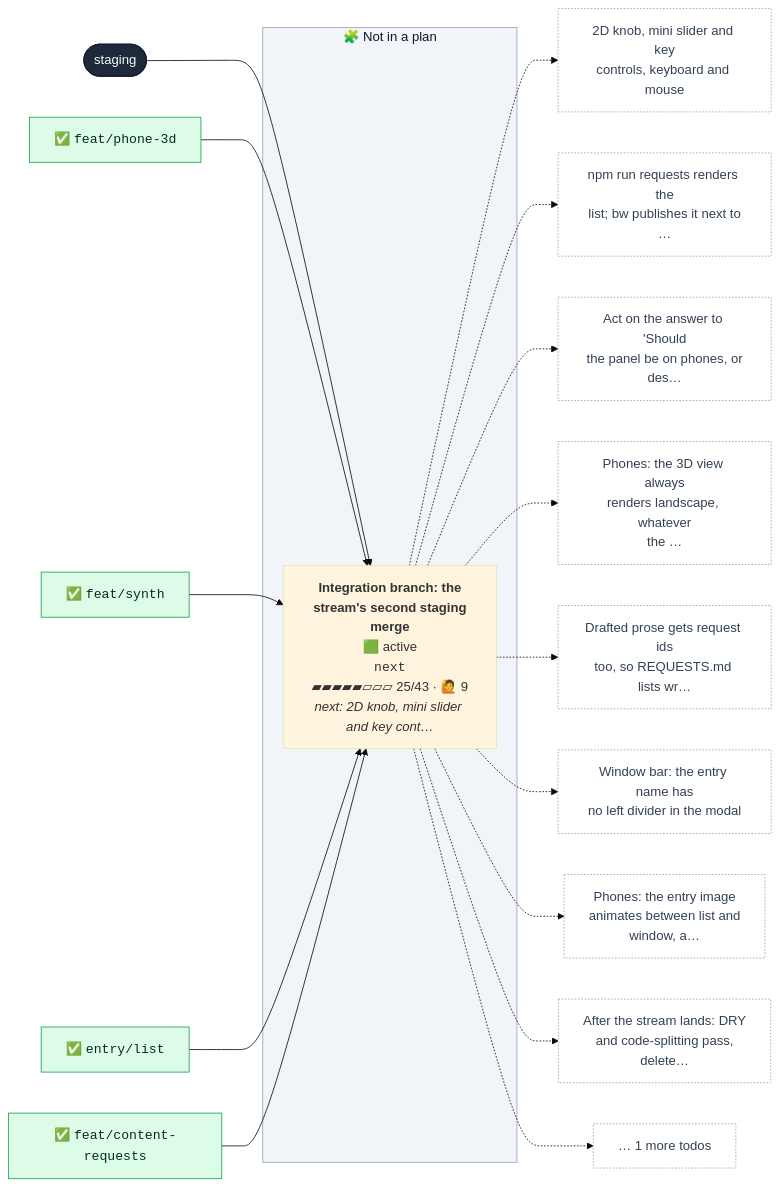
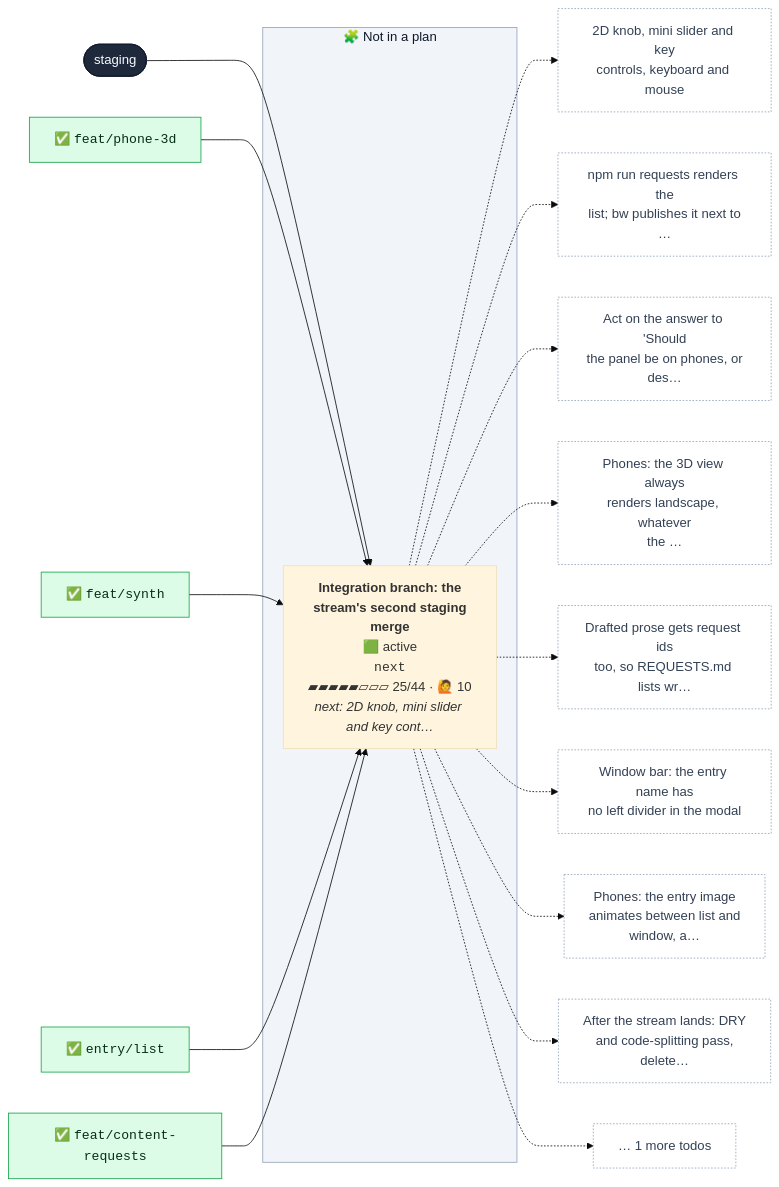
Before and after one commit to henryjonescodes/portfolio: the first of 2 diagrams in CONTRIBUTING.md, drawn with Mermaid (base theme). The commit also changed other lines of this file and 1 other file, not shown here.

````diff
--- a/CONTRIBUTING.md
+++ b/CONTRIBUTING.md
@@ -16,59 +16,59 @@
 ```mermaid
 flowchart LR
   n_staging([staging])
   class n_staging trunk
   subgraph loose["🧩 Not in a plan"]
-    n_next["<b>Integration branch: the<br/>stream's second staging<br/>merge</b><br/>🟩 active<br/><code>next</code><br/>▰▰▰▰▰▱▱▱ 25/43 · 🙋 9<br/><i>next: 2D knob, mini slider and key cont…</i>"]
+    n_next["<b>Integration branch: the<br/>stream's second staging<br/>merge</b><br/>🟩 active<br/><code>next</code><br/>▰▰▰▰▰▱▱▱ 25/44 · 🙋 10<br/><i>next: 2D knob, mini slider and key cont…</i>"]
     class n_next active,current
   end
   style loose fill:#f1f5f9,stroke:#94a3b8,color:#0f172a
   n_staging --> n_next
   n_next_m0["✅ <code>feat/phone-3d</code>"]
   class n_next_m0 merged
   n_next_m0 --> n_next
   n_next_m1["✅ <code>feat/synth</code>"]
   class n_next_m1 merged
   n_next_m1 --> n_next
   n_next_m2["✅ <code>entry/list</code>"]
   class n_next_m2 merged
   n_next_m2 --> n_next
   n_next_m3["✅ <code>feat/content-requests</code>"]
   class n_next_m3 merged
   n_next_m3 --> n_next
   n_next_t0["2D knob, mini slider and key<br/>controls, keyboard and mouse"]
   class n_next_t0 todo
   n_next -.-> n_next_t0
   n_next_t1["npm run requests renders the<br/>list; bw publishes it next to<br/>…"]
   class n_next_t1 todo
   n_next -.-> n_next_t1
   n_next_t2["Act on the answer to 'Should<br/>the panel be on phones, or<br/>des…"]
   class n_next_t2 todo
   n_next -.-> n_next_t2
   n_next_t3["Phones: the 3D view always<br/>renders landscape, whatever<br/>the …"]
   class n_next_t3 todo
   n_next -.-> n_next_t3
   n_next_t4["Drafted prose gets request ids<br/>too, so REQUESTS.md lists wr…"]
   class n_next_t4 todo
   n_next -.-> n_next_t4
   n_next_t5["Window bar: the entry name has<br/>no left divider in the modal"]
   class n_next_t5 todo
   n_next -.-> n_next_t5
   n_next_t6["Phones: the entry image<br/>animates between list and<br/>window, a…"]
   class n_next_t6 todo
   n_next -.-> n_next_t6
   n_next_t7["After the stream lands: DRY<br/>and code-splitting pass,<br/>delete…"]
   class n_next_t7 todo
   n_next -.-> n_next_t7
   n_next_more["… 1 more todos"]
   class n_next_more todo
   n_next -.-> n_next_more
   classDef merged fill:#dcfce7,stroke:#16a34a,color:#052e16
   classDef todo fill:#ffffff,stroke:#94a3b8,stroke-dasharray:2 2,color:#334155
   classDef planned fill:#c7d2fe,stroke:#4f46e5,color:#1e1b4b
   classDef sketched fill:#f8fafc,stroke:#64748b,stroke-dasharray:4 3,color:#334155
   classDef active fill:#bbf7d0,stroke:#16a34a,stroke-width:3px,color:#052e16
   classDef review fill:#fde68a,stroke:#d97706,stroke-width:3px,color:#451a03
   classDef blocked fill:#fecaca,stroke:#dc2626,stroke-width:3px,color:#450a0a
   classDef trunk fill:#1e293b,stroke:#0f172a,color:#f8fafc
   classDef current stroke:#0ea5e9,stroke-width:5px
 ```
````
